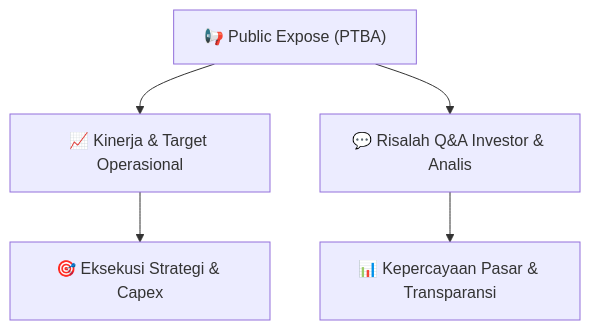
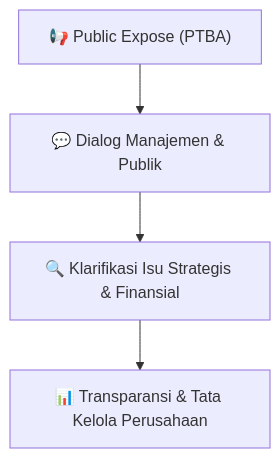
The diagram in reports/summaries/public-exposes/hasil-pubex/PTBA_Public_Expose_20260910.md (anYoneo/alphadigest-idx), drawn with Mermaid before and after one commit. The commit also changed other lines of this file and 526 other files, not shown here.

````diff
--- a/reports/summaries/public-exposes/hasil-pubex/PTBA_Public_Expose_20260910.md
+++ b/reports/summaries/public-exposes/hasil-pubex/PTBA_Public_Expose_20260910.md
@@ -34,7 +29,6 @@
 ```mermaid
 flowchart TD
-    A["📢 Public Expose (PTBA)"] --> B["📈 Kinerja & Target Operasional"]
-    A --> C["💬 Risalah Q&A Investor & Analis"]
-    B --> D["🎯 Eksekusi Strategi & Capex"]
-    C --> E["📊 Kepercayaan Pasar & Transparansi"]
+    A["📢 Public Expose (PTBA)"] --> B["💬 Dialog Manajemen & Publik"]
+    B --> C["🔍 Klarifikasi Isu Strategis & Finansial"]
+    C --> D["📊 Transparansi & Tata Kelola Perusahaan"]
 ```
````
